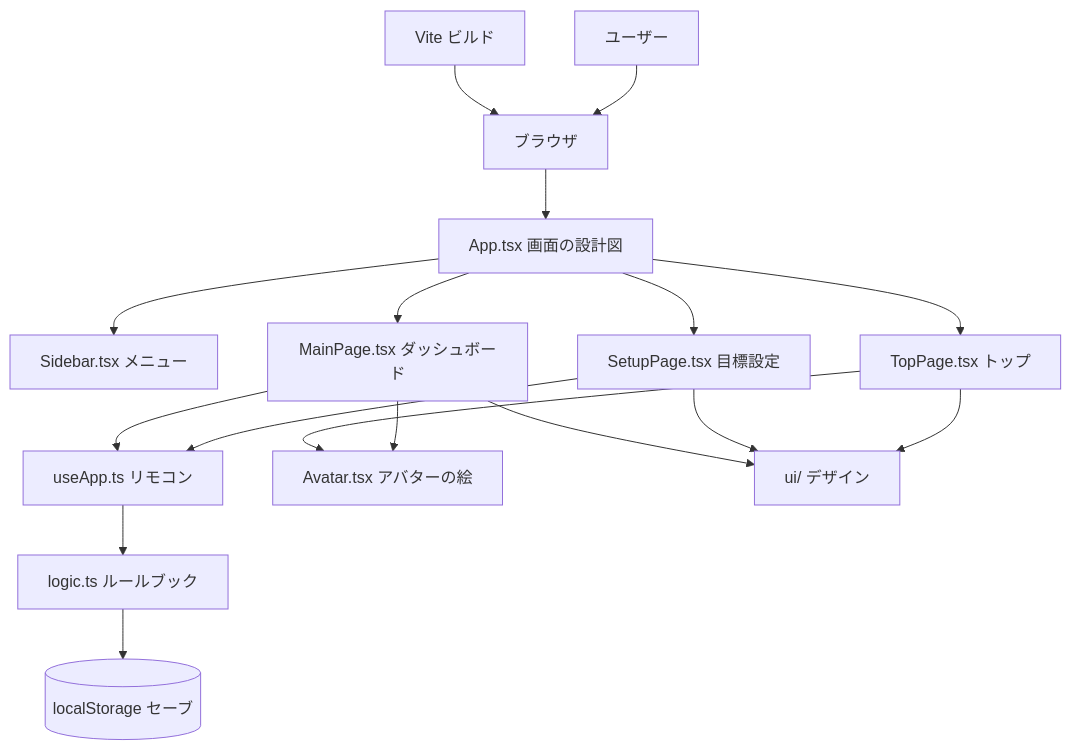
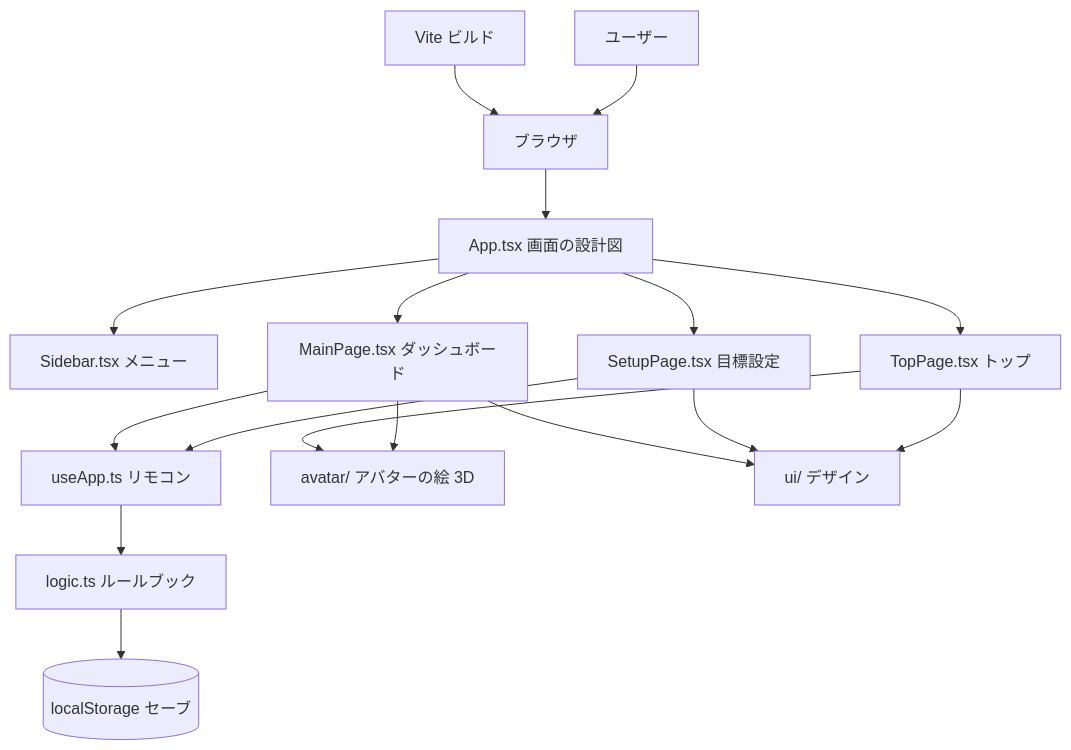
One commit to kuramochi703/keep-motivation-app changed the first of 3 diagrams in ARCHITECTURE.md. Above: the diagram before and after it, drawn with Mermaid. The commit also changed 1 other file, not shown here.

Commit message:
docs: 新しく入ったドキュメントのアバターの記述を 3D に合わせる
main で追加された ARCHITECTURE.md / EXPLAIN.md が、アバターを
Avatar.tsx 1枚の SVG として説明していたので、実態に合わせた。

````diff
--- a/ARCHITECTURE.md
+++ b/ARCHITECTURE.md
@@ -13,33 +13,33 @@
 ```mermaid
 flowchart TD
   U[ユーザー]
   B[ブラウザ]
   Vite[Vite ビルド]
   App[App.tsx 画面の設計図]
   SB[Sidebar.tsx メニュー]
   RA[useApp.ts リモコン]
   LG[logic.ts ルールブック]
   ST[(localStorage セーブ)]
   TP[TopPage.tsx トップ]
   SP[SetupPage.tsx 目標設定]
   MP[MainPage.tsx ダッシュボード]
-  AV[Avatar.tsx アバターの絵]
+  AV[avatar/ アバターの絵 3D]
   UI[ui/ デザイン]
 
   U --> B
   Vite --> B
   B --> App
   App --> SB
   App --> TP
   App --> SP
   App --> MP
   SP --> RA
   MP --> RA
   RA --> LG
   LG --> ST
   MP --> AV
   TP --> AV
   TP --> UI
   SP --> UI
   MP --> UI
 ```
````
